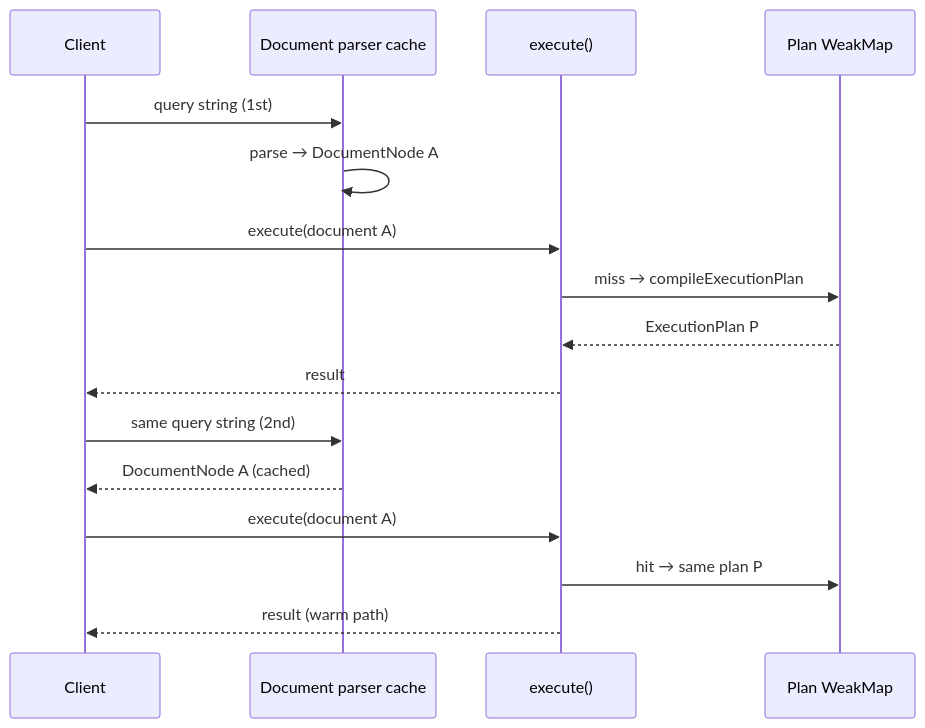
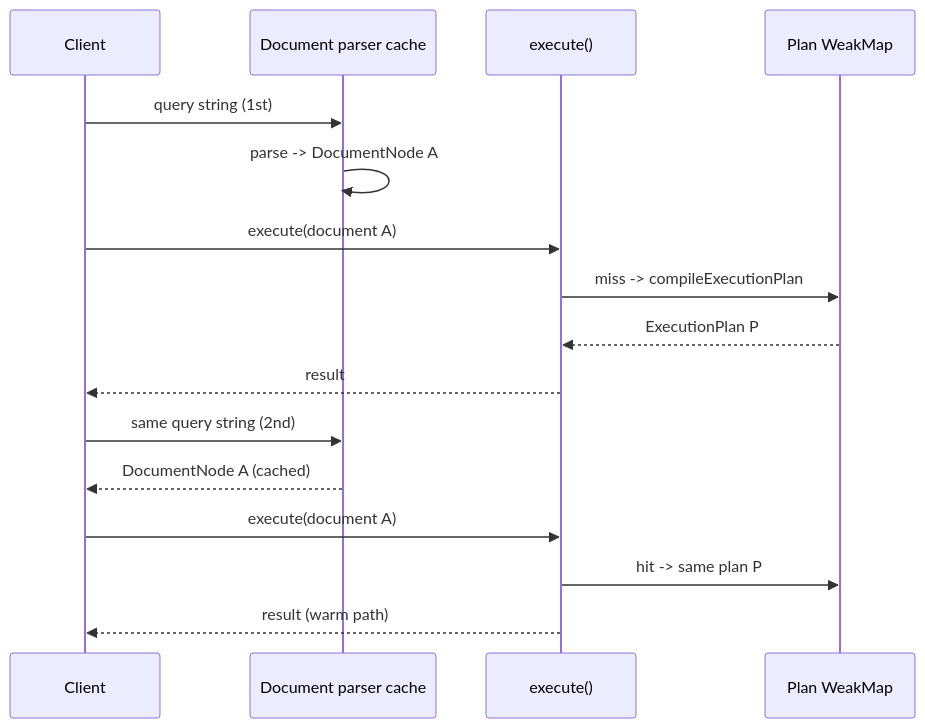
The second of 2 diagrams in website/src/content/execution-plan.mdx (ardatan/graphql-tools), drawn with Mermaid before and after one commit. The commit also changed other lines of this file and 1 other file, not shown here.

First line of the commit message:
docs(executor): scrub dashes in execution-plan docs

````diff
--- a/website/src/content/execution-plan.mdx
+++ b/website/src/content/execution-plan.mdx
@@ -61,20 +61,20 @@
 ```mermaid
 sequenceDiagram
   participant Client
   participant ParserCache as Document parser cache
   participant Execute as execute()
   participant PlanCache as Plan WeakMap
 
   Client->>ParserCache: query string (1st)
-  ParserCache->>ParserCache: parse → DocumentNode A
+  ParserCache->>ParserCache: parse -> DocumentNode A
   Client->>Execute: execute(document A)
-  Execute->>PlanCache: miss → compileExecutionPlan
+  Execute->>PlanCache: miss -> compileExecutionPlan
   PlanCache-->>Execute: ExecutionPlan P
   Execute-->>Client: result
 
   Client->>ParserCache: same query string (2nd)
   ParserCache-->>Client: DocumentNode A (cached)
   Client->>Execute: execute(document A)
-  Execute->>PlanCache: hit → same plan P
+  Execute->>PlanCache: hit -> same plan P
   Execute-->>Client: result (warm path)
 ```
````
